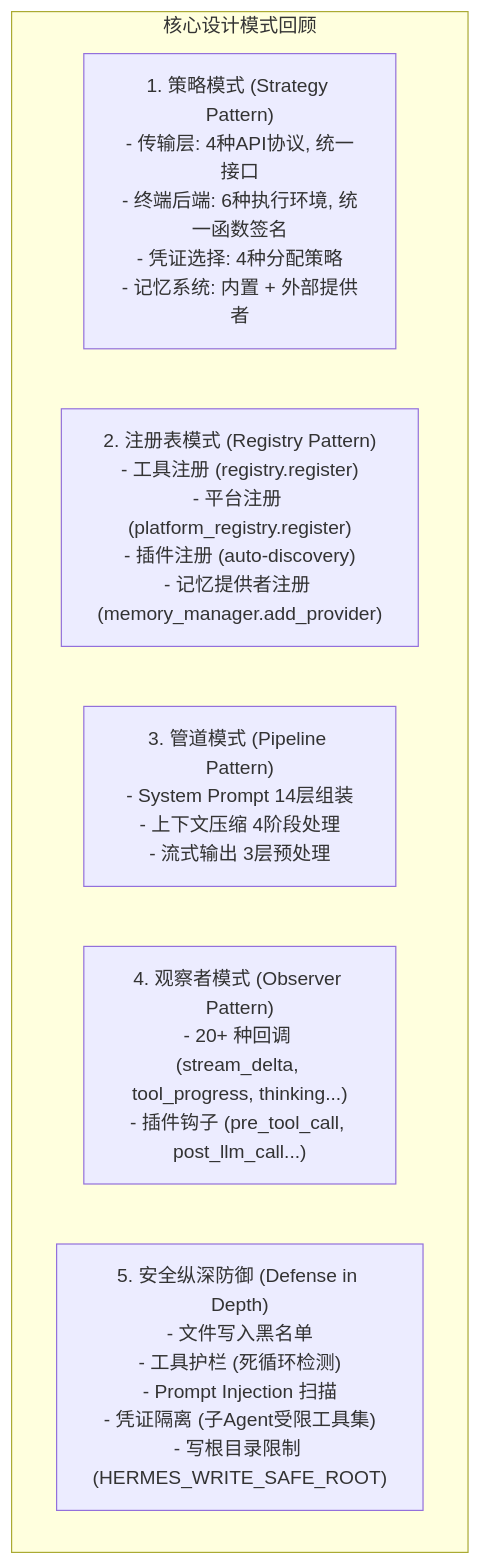
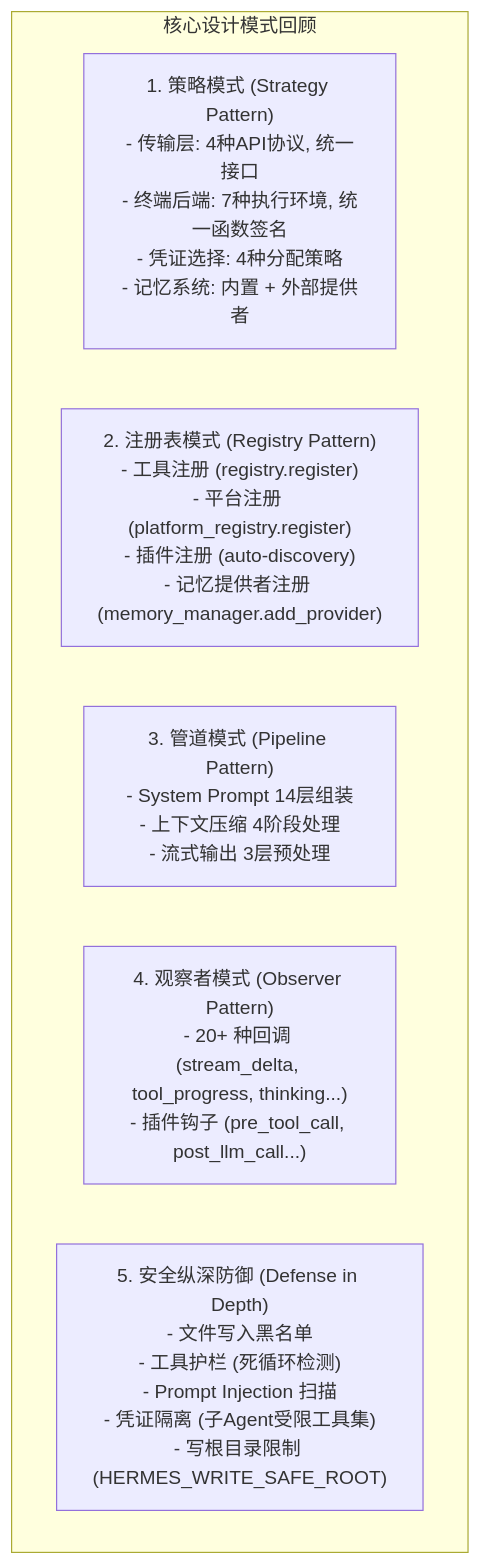
The seventh of 7 diagrams in hermes-learning-path/08-高级特性.md (keyuanweb/ai-learning-path), drawn with Mermaid before and after one commit. The commit also changed other lines of this file and 176 other files, not shown here.

First line of the commit message:
docs: 全仓库文档校对修复——错别字/失效链接/Mermaid图/源码引用

````diff
--- a/hermes-learning-path/08-高级特性.md
+++ b/hermes-learning-path/08-高级特性.md
@@ -579,10 +583,10 @@
 ```mermaid
 graph TD
     subgraph PATTERNS["核心设计模式回顾"]
-        A["1. 策略模式 (Strategy Pattern)<br/>- 传输层: 4种API协议, 统一接口<br/>- 终端后端: 6种执行环境, 统一函数签名<br/>- 凭证选择: 4种分配策略<br/>- 记忆系统: 内置 + 外部提供者"]
+        A["1. 策略模式 (Strategy Pattern)<br/>- 传输层: 4种API协议, 统一接口<br/>- 终端后端: 7种执行环境, 统一函数签名<br/>- 凭证选择: 4种分配策略<br/>- 记忆系统: 内置 + 外部提供者"]
         B["2. 注册表模式 (Registry Pattern)<br/>- 工具注册 (registry.register)<br/>- 平台注册 (platform_registry.register)<br/>- 插件注册 (auto-discovery)<br/>- 记忆提供者注册 (memory_manager.add_provider)"]
         C["3. 管道模式 (Pipeline Pattern)<br/>- System Prompt 14层组装<br/>- 上下文压缩 4阶段处理<br/>- 流式输出 3层预处理"]
         D["4. 观察者模式 (Observer Pattern)<br/>- 20+ 种回调 (stream_delta, tool_progress, thinking...)<br/>- 插件钩子 (pre_tool_call, post_llm_call...)"]
         E["5. 安全纵深防御 (Defense in Depth)<br/>- 文件写入黑名单<br/>- 工具护栏 (死循环检测)<br/>- Prompt Injection 扫描<br/>- 凭证隔离 (子Agent受限工具集)<br/>- 写根目录限制 (HERMES_WRITE_SAFE_ROOT)"]
     end
 ```
````
